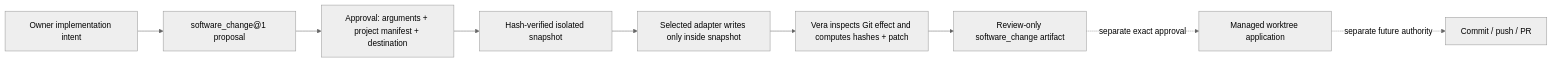
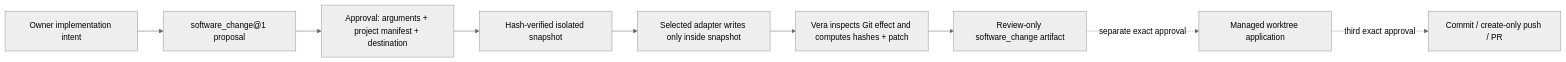
One commit to 4romgod/vera changed the tenth of 11 diagrams in docs/capability-model.md. Above: the diagram before and after it, drawn with Mermaid (neutral theme). The commit also changed other lines of this file and 70 other files, not shown here.

````diff
--- a/docs/capability-model.md
+++ b/docs/capability-model.md
@@ -585,11 +585,11 @@
 ```mermaid
 flowchart LR
     I["Owner implementation intent"] --> P["software_change@1 proposal"]
     P --> A["Approval: arguments + project manifest + destination"]
     A --> S["Hash-verified isolated snapshot"]
     S --> W["Selected adapter writes only inside snapshot"]
     W --> V["Vera inspects Git effect and computes hashes + patch"]
     V --> R["Review-only software_change artifact"]
     R -. "separate exact approval" .-> X["Managed worktree application"]
-    X -. "separate future authority" .-> Y["Commit / push / PR"]
+    X -. "third exact approval" .-> Y["Commit / create-only push / PR"]
 ```
````
